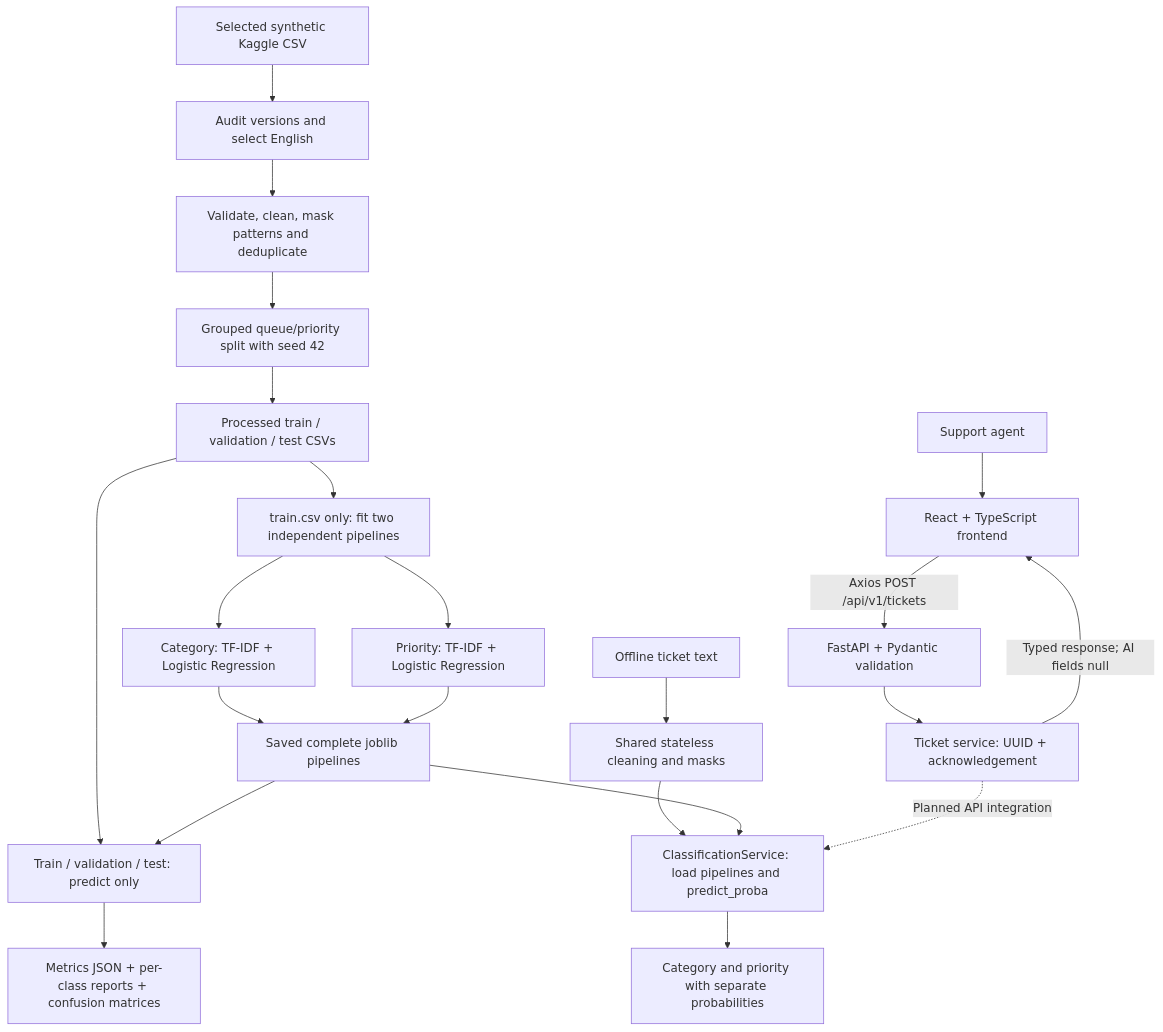
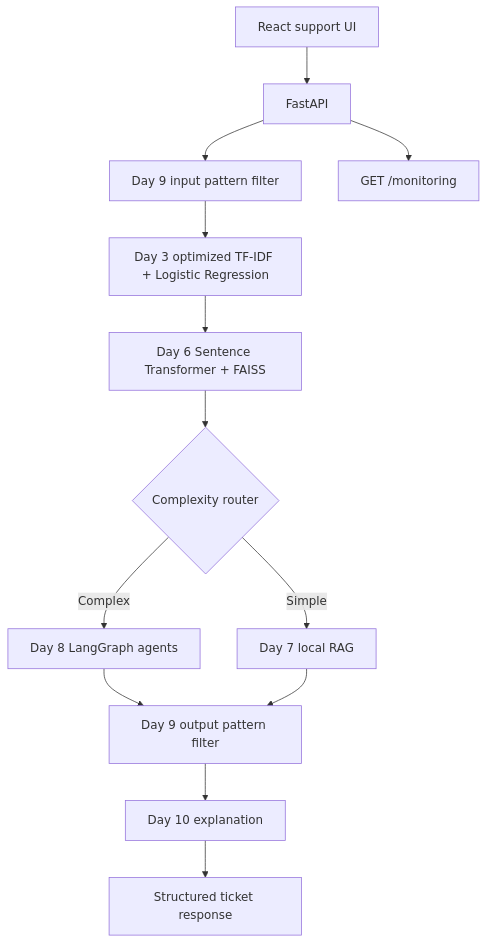
The diagram in docs/architecture.md (vishaltelukoti/AI-Customer-Support-Assistant), drawn with Mermaid before and after one commit. The commit also changed other lines of this file and 28 other files, not shown here.

````diff
--- a/docs/architecture.md
+++ b/docs/architecture.md
@@ -3,24 +5,15 @@
 ```mermaid
 flowchart TD
-    User[Support agent] --> Frontend[React + TypeScript frontend]
-    Frontend -->|Axios POST /api/v1/tickets| API[FastAPI + Pydantic validation]
-    API --> Service[Ticket service: UUID + acknowledgement]
-    Service -->|Typed response; AI fields null| Frontend
-    Raw[Selected synthetic Kaggle CSV] --> English[Audit versions and select English]
-    English --> Clean[Validate, clean, mask patterns and deduplicate]
-    Clean --> Split[Grouped queue/priority split with seed 42]
-    Split --> Data[Processed train / validation / test CSVs]
-    Data --> Train[train.csv only: fit two independent pipelines]
-    Train --> Category[Category: TF-IDF + Logistic Regression]
-    Train --> Priority[Priority: TF-IDF + Logistic Regression]
-    Category --> Artifacts[Saved complete joblib pipelines]
-    Priority --> Artifacts
-    Data --> Evaluate[Train / validation / test: predict only]
-    Artifacts --> Evaluate
-    Evaluate --> Reports[Metrics JSON + per-class reports + confusion matrices]
-    Ticket[Offline ticket text] --> Prepare[Shared stateless cleaning and masks]
-    Prepare --> Inference[ClassificationService: load pipelines and predict_proba]
-    Artifacts --> Inference
-    Inference --> Predictions[Category and priority with separate probabilities]
-    Service -. Planned API integration .-> Inference
+    UI[React support UI] --> API[FastAPI]
+    API --> Input[Day 9 input pattern filter]
+    Input --> Classify[Day 3 optimized TF-IDF + Logistic Regression]
+    Classify --> Retrieve[Day 6 Sentence Transformer + FAISS]
+    Retrieve --> Route{Complexity router}
+    Route -->|Simple| RAG[Day 7 local RAG]
+    Route -->|Complex| Agents[Day 8 LangGraph agents]
+    Agents --> Output[Day 9 output pattern filter]
+    RAG --> Output
+    Output --> Explain[Day 10 explanation]
+    Explain --> Response[Structured ticket response]
+    API --> Monitor[GET /monitoring]
 ```
````
